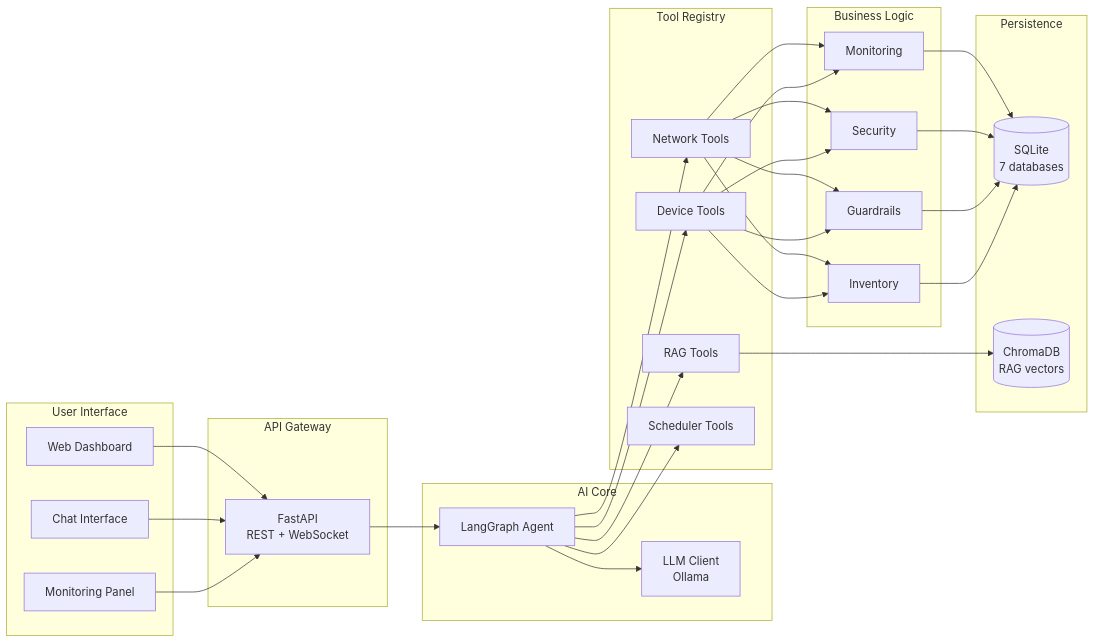
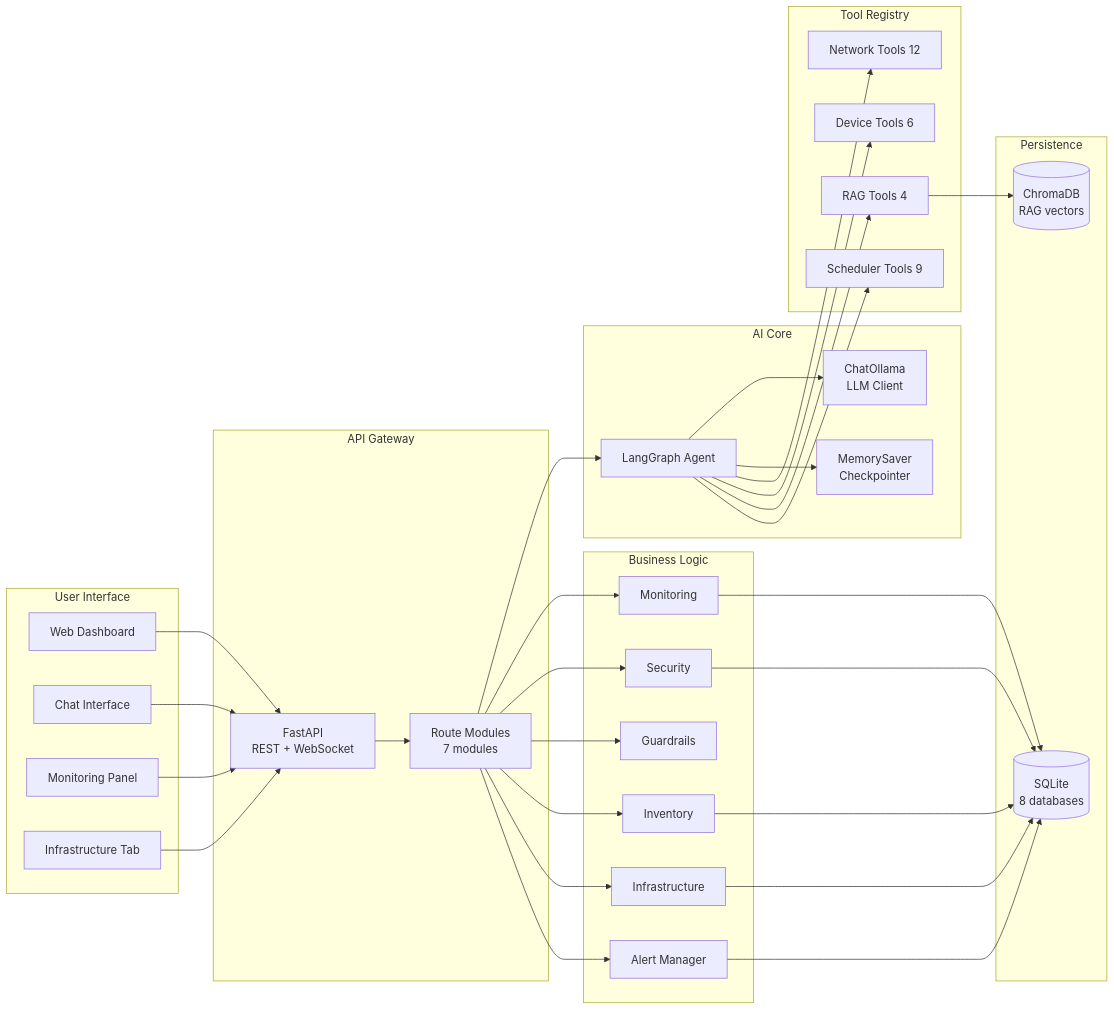
The ninth of 9 diagrams in README.md (IndraSugara/AgenticNet), drawn with Mermaid before and after one commit. The commit also changed other lines of this file and 6 other files, not shown here.

````diff
--- a/README.md
+++ b/README.md
@@ -880,44 +1096,51 @@
 ```mermaid
 graph LR
     subgraph "User Interface"
         A[Web Dashboard]
         B[Chat Interface]
         C[Monitoring Panel]
+        D[Infrastructure Tab]
     end
     
     subgraph "API Gateway"
-        D[FastAPI<br/>REST + WebSocket]
+        E[FastAPI<br/>REST + WebSocket]
+        F[Route Modules<br/>7 modules]
     end
     
     subgraph "AI Core"
-        E[LangGraph Agent]
-        F[LLM Client<br/>Ollama]
+        G[LangGraph Agent]
+        H[ChatOllama<br/>LLM Client]
+        I[MemorySaver<br/>Checkpointer]
     end
     
     subgraph "Tool Registry"
-        G[Network Tools]
-        H[Device Tools]
-        I[RAG Tools]
-        J[Scheduler Tools]
+        J[Network Tools 12]
+        K[Device Tools 6]
+        L[RAG Tools 4]
+        M[Scheduler Tools 9]
     end
     
     subgraph "Business Logic"
-        K[Monitoring]
-        L[Security]
-        M[Guardrails]
-        N[Inventory]
+        N[Monitoring]
+        O[Security]
+        P[Guardrails]
+        Q[Inventory]
+        R[Infrastructure]
+        S[Alert Manager]
     end
     
     subgraph "Persistence"
-        O[(SQLite<br/>7 databases)]
-        P[(ChromaDB<br/>RAG vectors)]
+        T[(SQLite<br/>8 databases)]
+        U[(ChromaDB<br/>RAG vectors)]
     end
     
-    A & B & C --> D
-    D --> E
+    A & B & C & D --> E
     E --> F
-    E --> G & H & I & J
-    G & H --> K & L & M & N
-    K & L & M & N --> O
-    I --> P
+    F --> G
+    G --> H
+    G --> I
+    G --> J & K & L & M
+    F --> N & O & P & Q & R & S
+    N & O & Q & R & S --> T
+    L --> U
 ```
````
